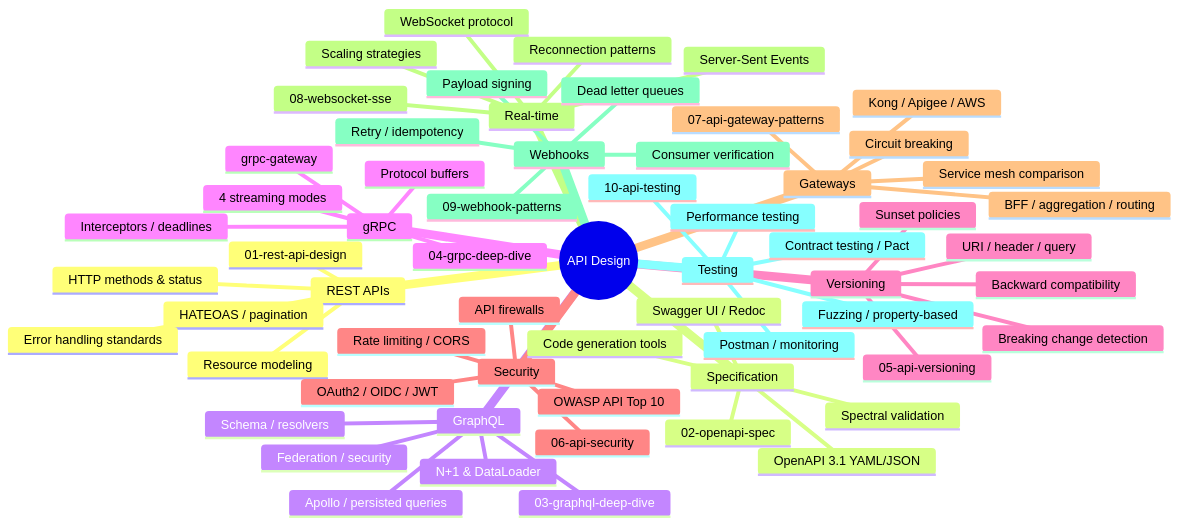
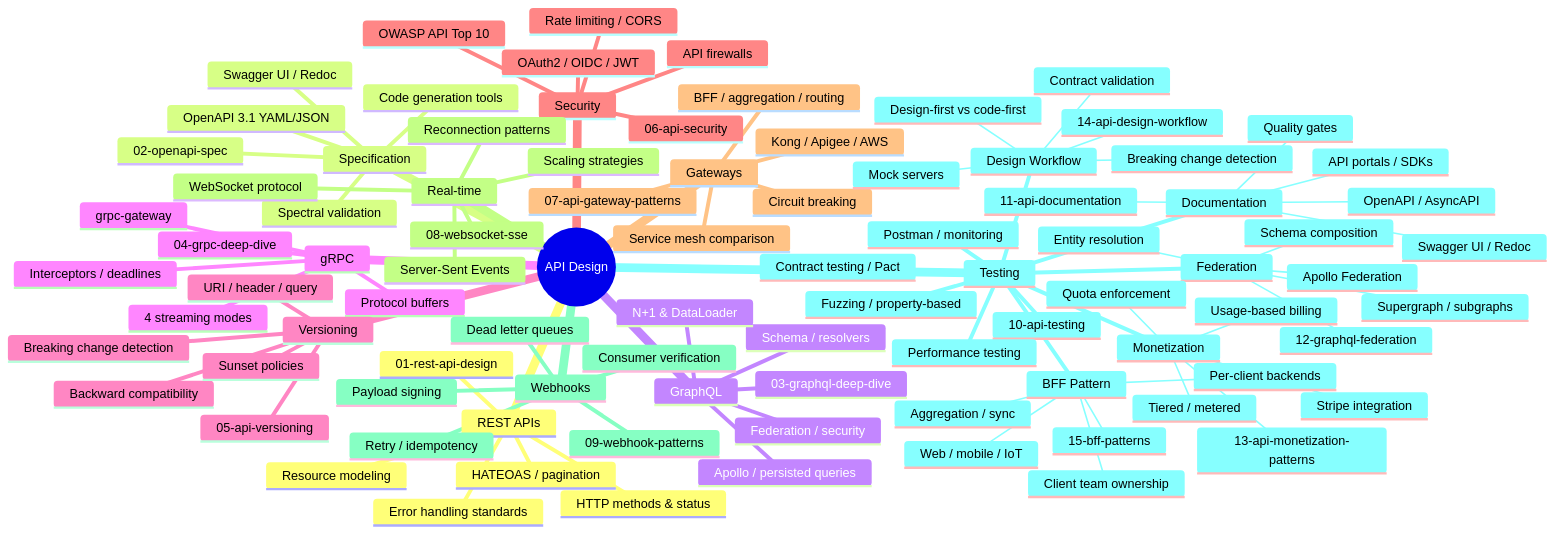
The first of 2 diagrams in 23-API-Design/README.md (ajju853/SystemDesignHandbook), drawn with Mermaid before and after one commit. The commit also changed other lines of this file and 32 other files, not shown here.

````diff
--- a/23-API-Design/README.md
+++ b/23-API-Design/README.md
@@ -64,9 +64,39 @@
       Dead letter queues
       Consumer verification
     Testing
-      10-api-testing
-      Contract testing / Pact
-      Fuzzing / property-based
-      Performance testing
-      Postman / monitoring
+       10-api-testing
+       Contract testing / Pact
+       Fuzzing / property-based
+       Performance testing
+       Postman / monitoring
+     Documentation
+       11-api-documentation
+       OpenAPI / AsyncAPI
+       Swagger UI / Redoc
+       API portals / SDKs
+       Quality gates
+     Federation
+       12-graphql-federation
+       Supergraph / subgraphs
+       Apollo Federation
+       Entity resolution
+       Schema composition
+     Monetization
+       13-api-monetization-patterns
+       Usage-based billing
+       Tiered / metered
+       Quota enforcement
+       Stripe integration
+     Design Workflow
+       14-api-design-workflow
+       Design-first vs code-first
+       Contract validation
+       Breaking change detection
+       Mock servers
+     BFF Pattern
+       15-bff-patterns
+       Per-client backends
+       Web / mobile / IoT
+       Aggregation / sync
+       Client team ownership
 ```
````
